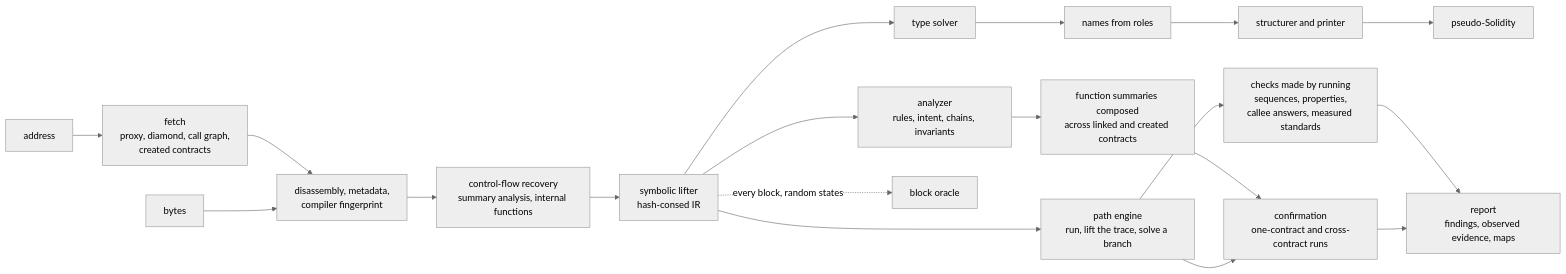
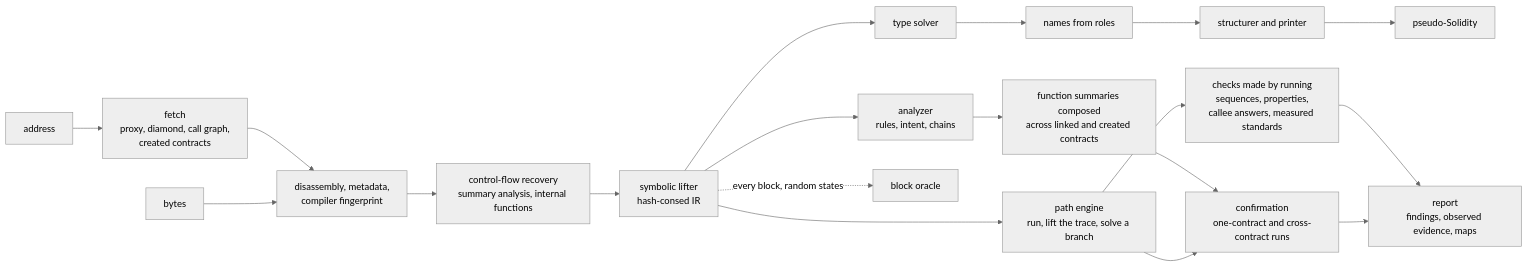
Before and after one commit to rink3y/Evmdec: the first of 2 diagrams in README.md, drawn with Mermaid (neutral theme). The commit also changed other lines of this file and 61 other files, not shown here.

````diff
--- a/README.md
+++ b/README.md
@@ -18,21 +18,21 @@
 ```mermaid
 flowchart LR
     A0[address] --> A1[fetch<br/>proxy, diamond, call graph,<br/>created contracts]
     A1 --> B
     A[bytes] --> B[disassembly, metadata,<br/>compiler fingerprint]
     B --> C[control-flow recovery<br/>summary analysis, internal functions]
     C --> D[symbolic lifter<br/>hash-consed IR]
     D --> E[type solver]
     E --> N[names from roles]
     N --> F[structurer and printer]
     F --> G[pseudo-Solidity]
-    D --> H[analyzer<br/>rules, intent, chains, invariants]
+    D --> H[analyzer<br/>rules, intent, chains]
     H --> S[function summaries composed<br/>across linked and created contracts]
     S --> I[confirmation<br/>one-contract and cross-contract runs]
     D --> P[path engine<br/>run, lift the trace, solve a branch]
     P --> Q[checks made by running<br/>sequences, properties,<br/>callee answers, measured standards]
     P --> I
     Q --> J
     I --> J[report<br/>findings, observed evidence, maps]
     D -. every block, random states .-> K[block oracle]
 ```
````
